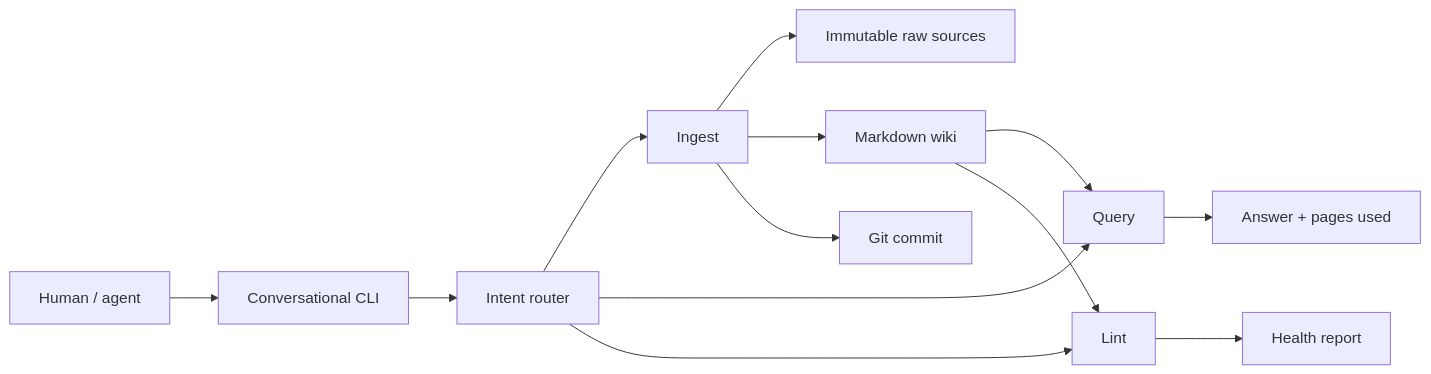
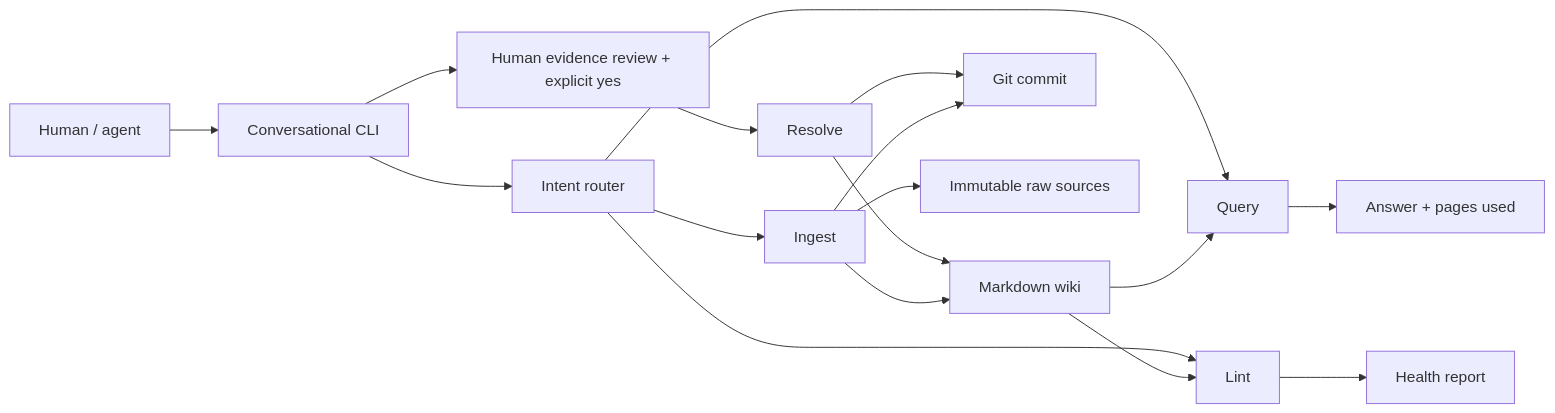
Before and after one commit to WajeehGillani/goflyn: the diagram in ARCHITECTURE.md, drawn with Mermaid. The commit also changed other lines of this file and 25 other files, not shown here.

````diff
--- a/ARCHITECTURE.md
+++ b/ARCHITECTURE.md
@@ -7,15 +7,19 @@
 ```mermaid
 flowchart LR
     U[Human / agent] --> C[Conversational CLI]
     C --> R[Intent router]
     R --> I[Ingest]
     R --> Q[Query]
     R --> L[Lint]
+    C --> V[Human evidence review + explicit yes]
+    V --> D[Resolve]
+    D --> W
+    D --> G
     I --> S[Immutable raw sources]
     I --> W[Markdown wiki]
     I --> G[Git commit]
     W --> Q
     W --> L
     Q --> A[Answer + pages used]
     L --> H[Health report]
 ```
````
